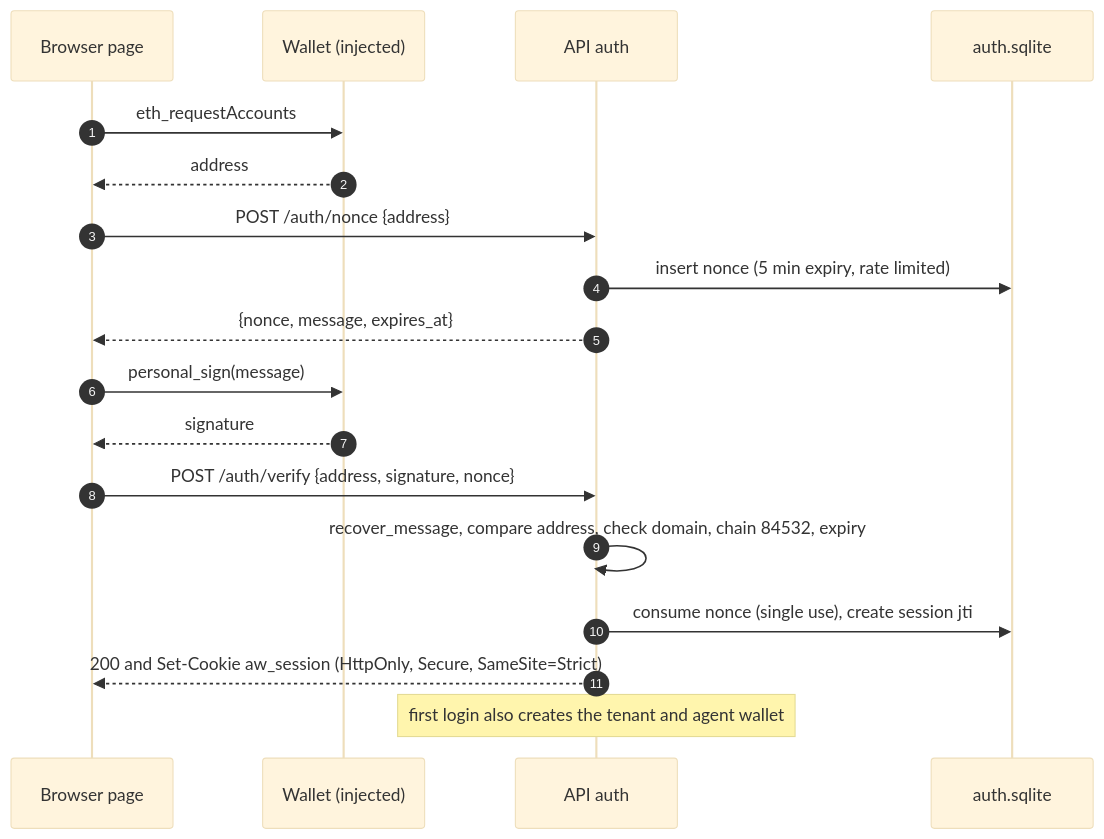
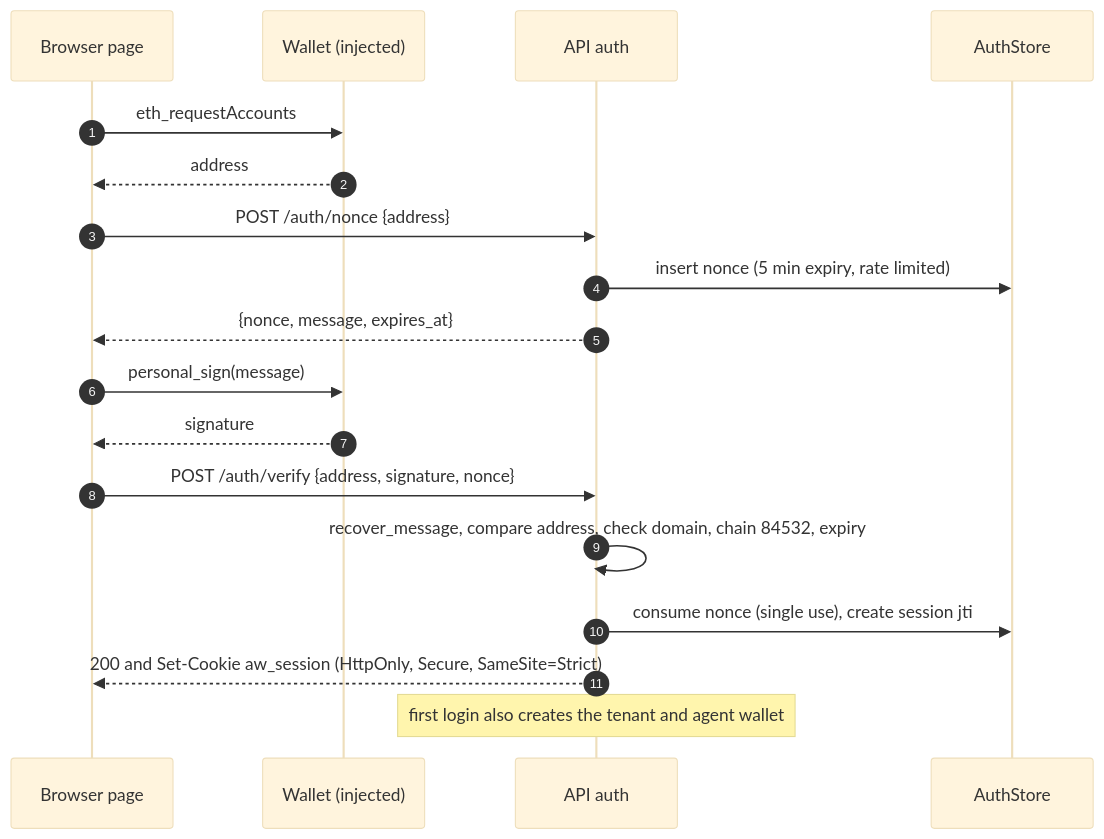
Before and after one commit to thaicuong576/agent-wallet: the second of 6 diagrams in docs/design/webapp/design.md, drawn with Mermaid (base theme). The commit also changed other lines of this file and 2 other files, not shown here.

````diff
--- a/docs/design/webapp/design.md
+++ b/docs/design/webapp/design.md
@@ -135,20 +256,20 @@
 ```mermaid
 sequenceDiagram
   autonumber
   participant B as Browser page
   participant W as Wallet (injected)
   participant A as API auth
-  participant D as auth.sqlite
+  participant D as AuthStore
   B->>W: eth_requestAccounts
   W-->>B: address
   B->>A: POST /auth/nonce {address}
   A->>D: insert nonce (5 min expiry, rate limited)
   A-->>B: {nonce, message, expires_at}
   B->>W: personal_sign(message)
   W-->>B: signature
   B->>A: POST /auth/verify {address, signature, nonce}
   A->>A: recover_message, compare address, check domain, chain 84532, expiry
   A->>D: consume nonce (single use), create session jti
   A-->>B: 200 and Set-Cookie aw_session (HttpOnly, Secure, SameSite=Strict)
   Note over A: first login also creates the tenant and agent wallet
 ```
````
